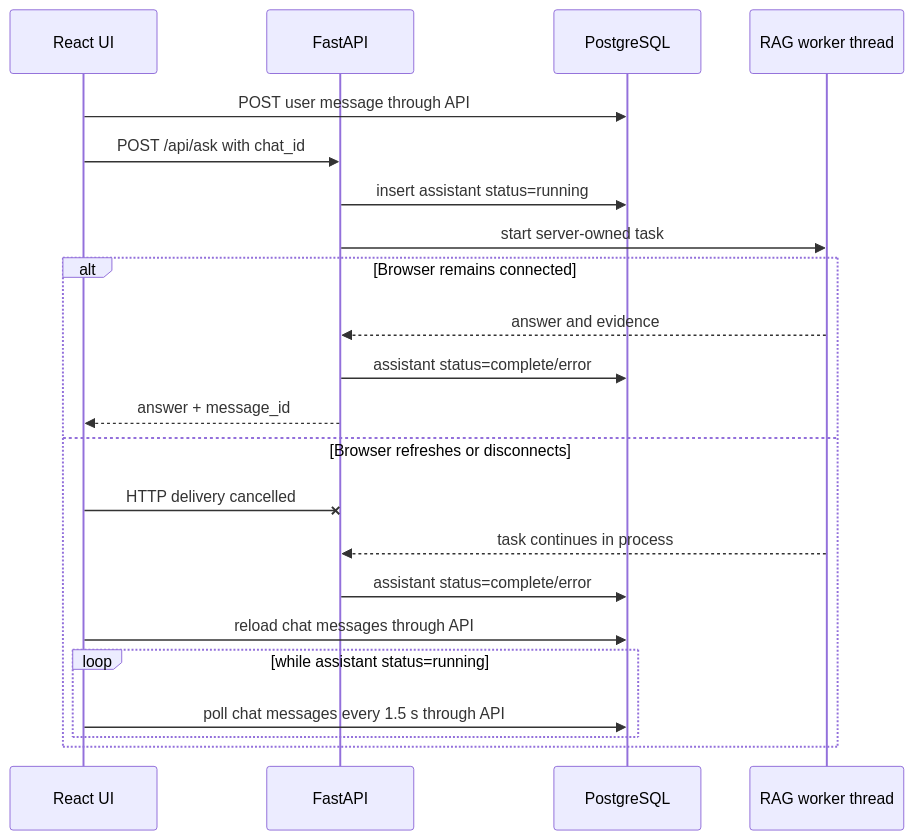
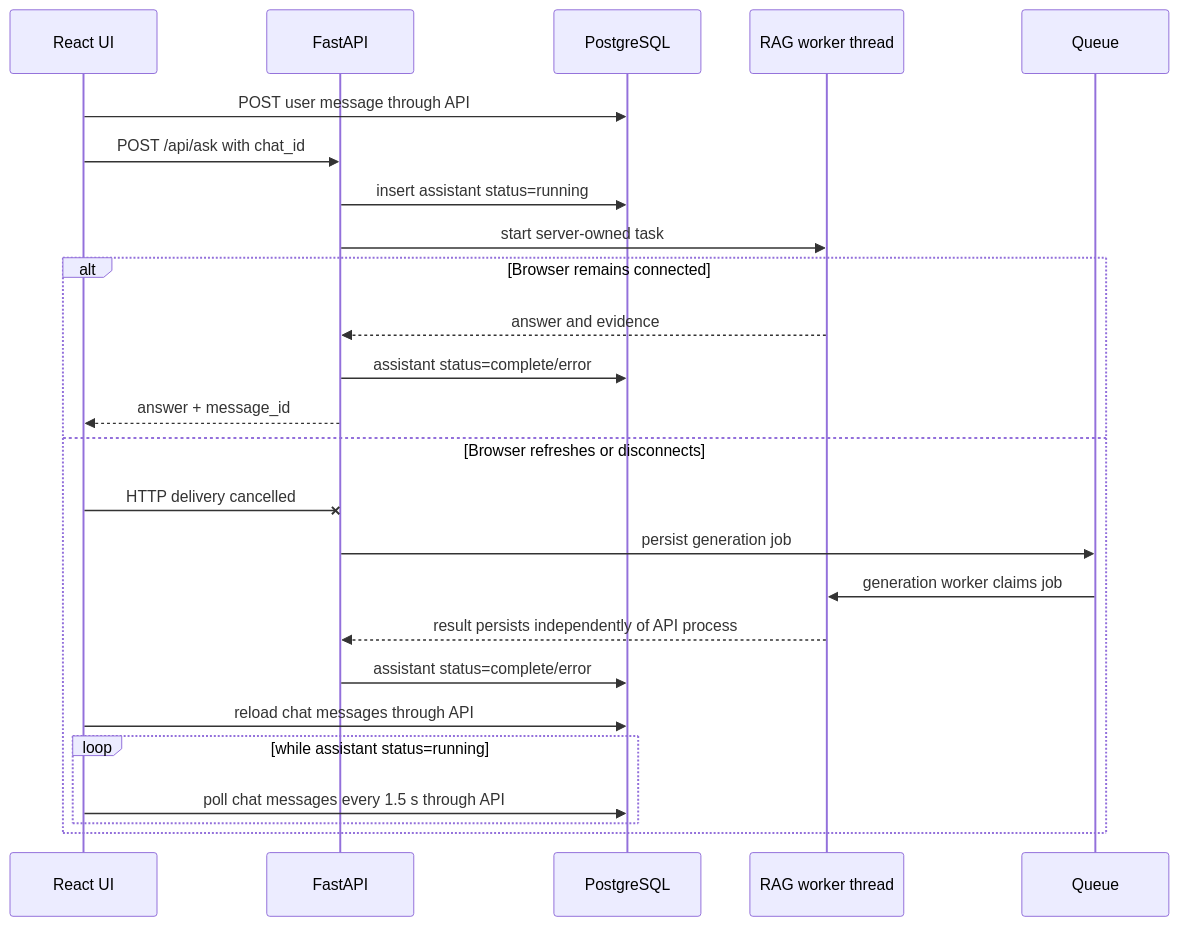
One commit to Gotrik1/rag_llm changed the third of 3 diagrams in architecture.md. Above: the diagram before and after it, drawn with Mermaid. The commit also changed 24 other files, not shown here.

````diff
--- a/architecture.md
+++ b/architecture.md
@@ -67,24 +67,26 @@
 ```mermaid
 sequenceDiagram
     participant UI as React UI
     participant API as FastAPI
     participant DB as PostgreSQL
     participant RAG as RAG worker thread
     UI->>DB: POST user message through API
     UI->>API: POST /api/ask with chat_id
     API->>DB: insert assistant status=running
     API->>RAG: start server-owned task
     alt Browser remains connected
         RAG-->>API: answer and evidence
         API->>DB: assistant status=complete/error
         API-->>UI: answer + message_id
     else Browser refreshes or disconnects
         UI-xAPI: HTTP delivery cancelled
-        RAG-->>API: task continues in process
+        API->>Queue: persist generation job
+        Queue->>RAG: generation worker claims job
+        RAG-->>API: result persists independently of API process
         API->>DB: assistant status=complete/error
         UI->>DB: reload chat messages through API
         loop while assistant status=running
             UI->>DB: poll chat messages every 1.5 s through API
         end
     end
 ```
````
